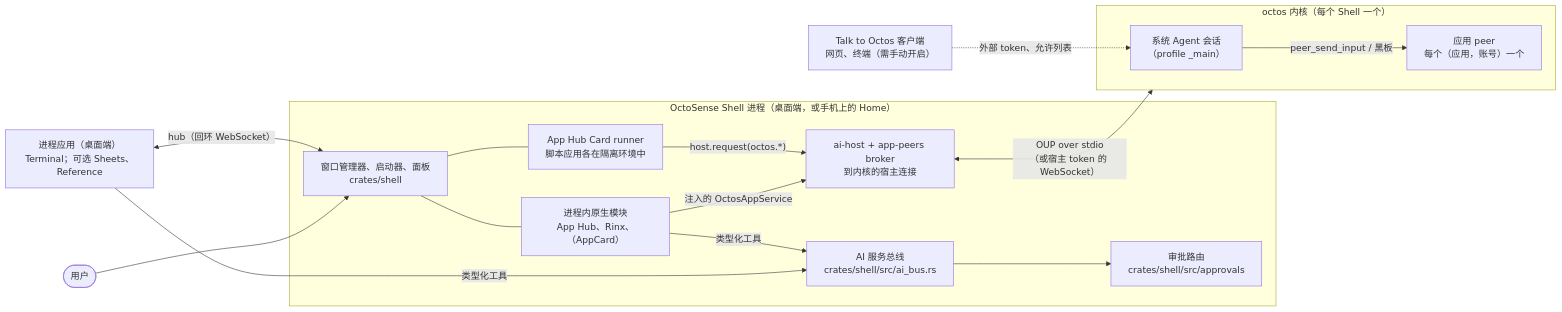
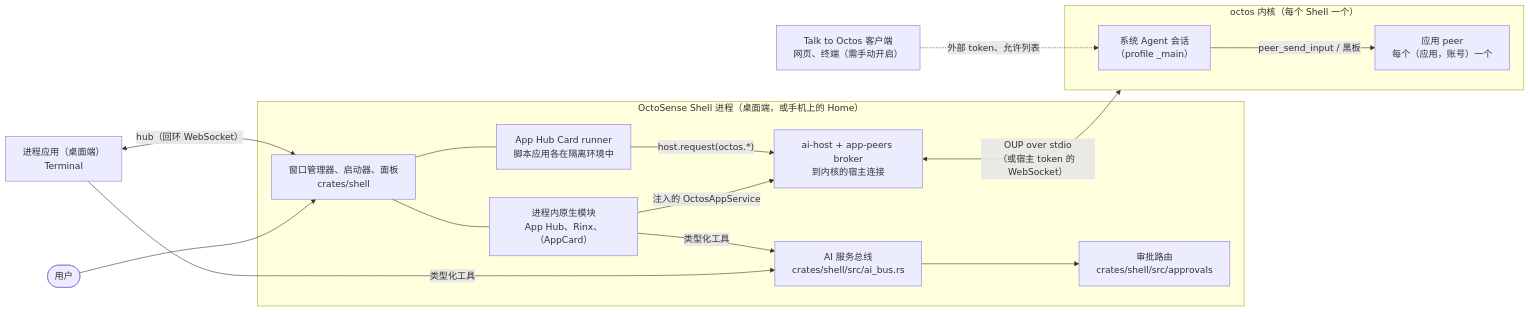
Before and after one commit to OctoSense-org/OctoSense: the first of 5 diagrams in docs/architecture.zh-CN.md, drawn with Mermaid. The commit also changed other lines of this file and 8 other files, not shown here.

First line of the commit message:
native-apps: host Sheets and Reference in-process everywhere [skip ci]

````diff
--- a/docs/architecture.zh-CN.md
+++ b/docs/architecture.zh-CN.md
@@ -31,30 +31,30 @@
 ```mermaid
 flowchart LR
   person(["用户"])
   subgraph shellp["OctoSense Shell 进程（桌面端，或手机上的 Home）"]
     wm["窗口管理器、启动器、面板<br/>crates/shell"]
     mods["进程内原生模块<br/>App Hub、Rinx、（AppCard）"]
     runner["App Hub Card runner<br/>脚本应用各在隔离环境中"]
     router["审批路由<br/>crates/shell/src/approvals"]
     aihost["ai-host + app-peers broker<br/>到内核的宿主连接"]
     bus["AI 服务总线<br/>crates/shell/src/ai_bus.rs"]
   end
-  term["进程应用（桌面端）<br/>Terminal；可选 Sheets、Reference"]
+  term["进程应用（桌面端）<br/>Terminal"]
   subgraph kern["octos 内核（每个 Shell 一个）"]
     sys["系统 Agent 会话<br/>（profile _main）"]
     peers["应用 peer<br/>每个（应用，账号）一个"]
   end
   ext["Talk to Octos 客户端<br/>网页、终端（需手动开启）"]
   person --> wm
   wm --- mods
   wm --- runner
   term <-->|"hub（回环 WebSocket）"| wm
   mods -- "注入的 OctosAppService" --> aihost
   runner -- "host.request(octos.*)" --> aihost
   aihost <-->|"OUP over stdio<br/>（或宿主 token 的 WebSocket）"| kern
   sys -- "peer_send_input / 黑板" --> peers
   ext -. "外部 token、允许列表" .-> sys
   term -- "类型化工具" --> bus
   mods -- "类型化工具" --> bus
   bus --> router
 ```
````
